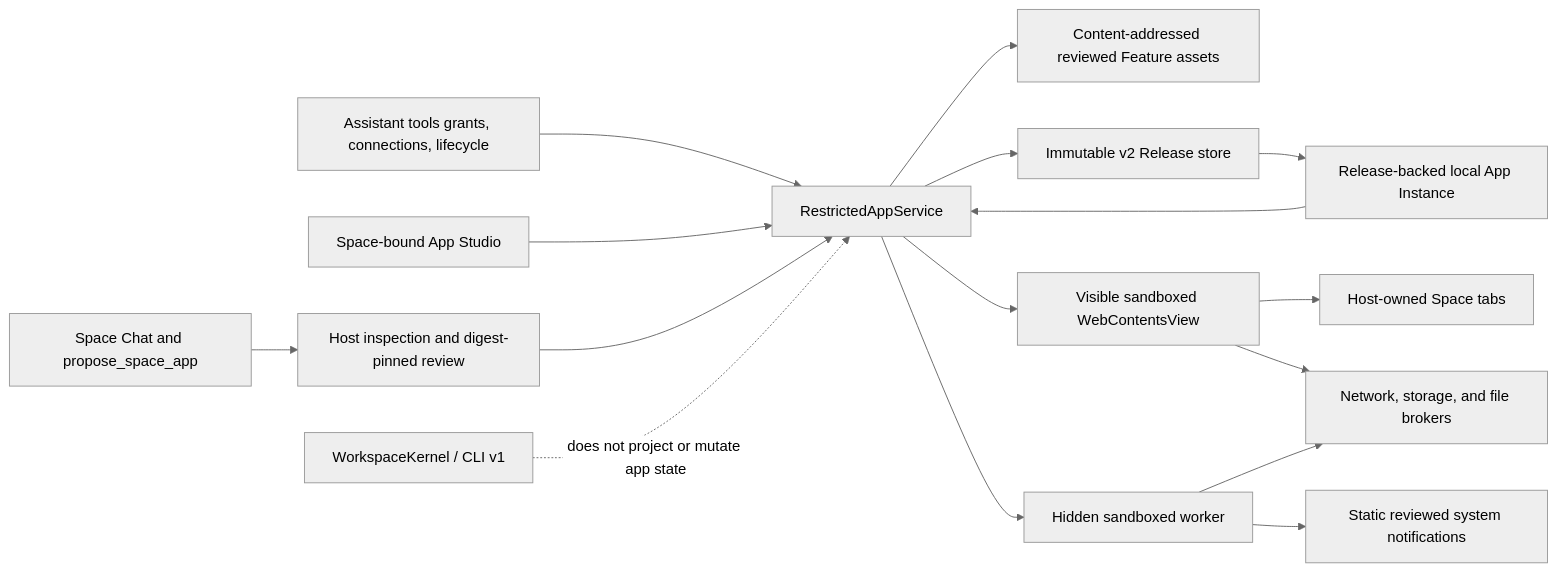
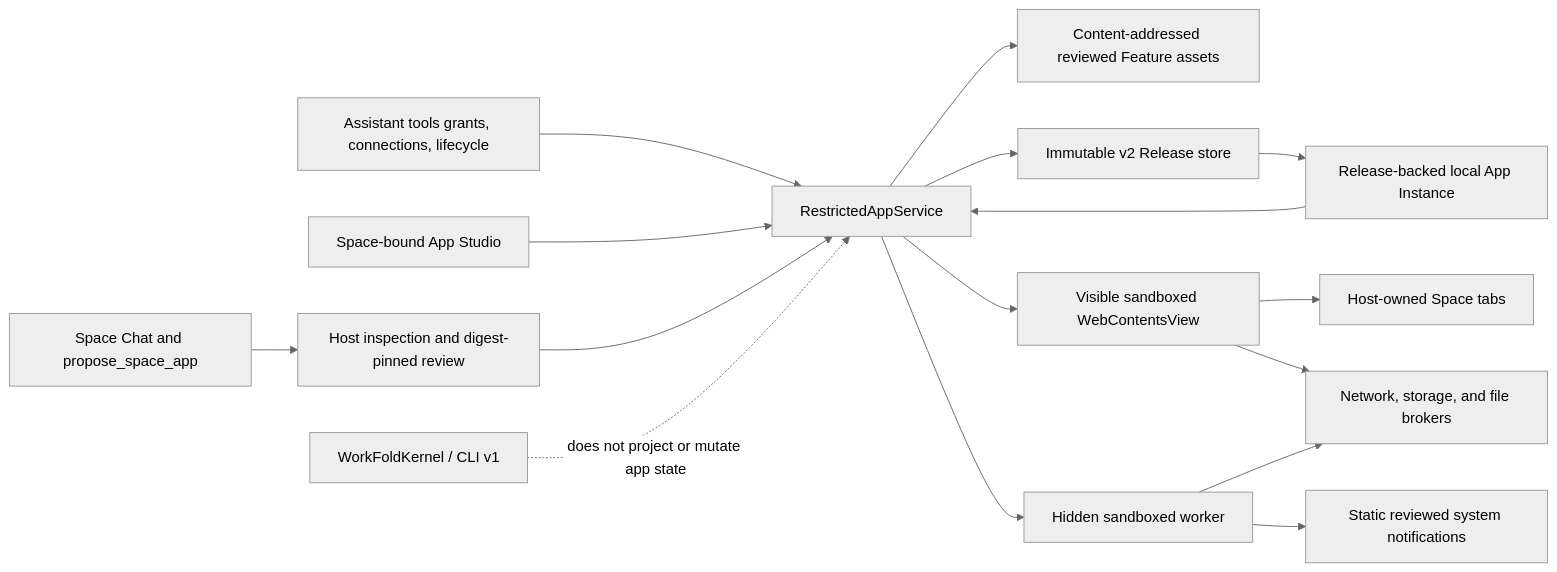
The second of 2 diagrams in docs/architecture.md (Mat-Tom-Son/work-fold), drawn with Mermaid (neutral theme) before and after one commit. The commit also changed other lines of this file and 366 other files, not shown here.

Commit message:
release: work-fold 0.1.0

````diff
--- a/docs/architecture.md
+++ b/docs/architecture.md
@@ -76,18 +80,18 @@
 ```mermaid
 flowchart LR
   chat["Space Chat and propose_space_app"] --> review["Host inspection and digest-pinned review"]
   capabilities["Assistant tools grants, connections, lifecycle"] --> service["RestrictedAppService"]
   studio["Space-bound App Studio"] --> service
   review --> service
   service --> staged["Content-addressed reviewed Feature assets"]
   service --> releases["Immutable v2 Release store"]
   releases --> instance["Release-backed local App Instance"]
   instance --> service
   service --> visible["Visible sandboxed WebContentsView"]
   service --> worker["Hidden sandboxed worker"]
   visible --> tabs["Host-owned Space tabs"]
   visible --> brokers["Network, storage, and file brokers"]
   worker --> brokers
   worker --> notifications["Static reviewed system notifications"]
-  kernel["WorkspaceKernel / CLI v1"] -. "does not project or mutate app state" .-> service
+  kernel["WorkFoldKernel / CLI v1"] -. "does not project or mutate app state" .-> service
 ```
````
